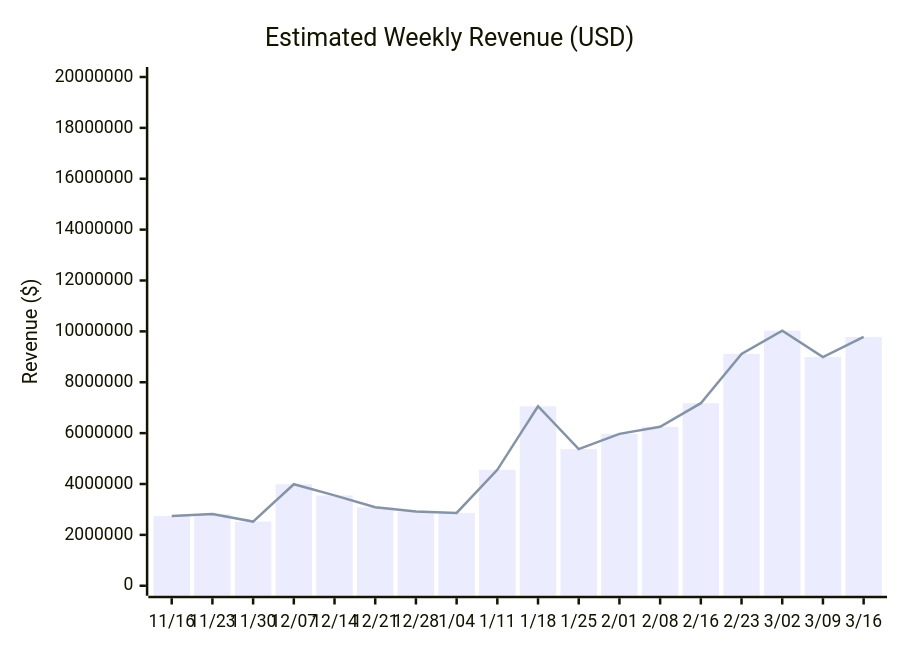
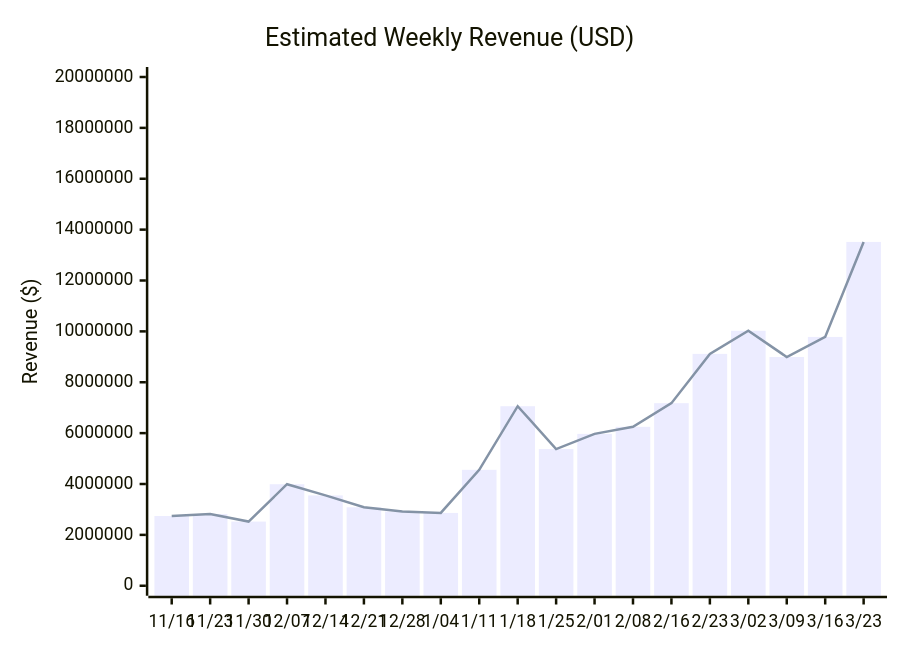
Before and after one commit to johnbean393/openrouter-inference-stats: the first of 4 diagrams in README.md, drawn with Mermaid. The commit also changed other lines of this file and 1 other file, not shown here.

````diff
--- a/README.md
+++ b/README.md
@@ -17,8 +17,8 @@
 ```mermaid
 xychart-beta
     title "Estimated Weekly Revenue (USD)"
-    x-axis ["11/16", "11/23", "11/30", "12/07", "12/14", "12/21", "12/28", "1/04", "1/11", "1/18", "1/25", "2/01", "2/08", "2/16", "2/23", "3/02", "3/09", "3/16"]
+    x-axis ["11/16", "11/23", "11/30", "12/07", "12/14", "12/21", "12/28", "1/04", "1/11", "1/18", "1/25", "2/01", "2/08", "2/16", "2/23", "3/02", "3/09", "3/16", "3/23"]
     y-axis "Revenue ($)" 0 --> 20000000
-    bar [2740620.94, 2816925.48, 2523142.13, 3991396.39, 3551394.6, 3084659.53, 2918272.88, 2862056.98, 4558077.75, 7057753.91, 5373700.56, 5970586.37, 6247827.58, 7177565.34, 9116055.43, 10024024.86, 8991833.66, 9781034.43]
-    line [2740620.94, 2816925.48, 2523142.13, 3991396.39, 3551394.6, 3084659.53, 2918272.88, 2862056.98, 4558077.75, 7057753.91, 5373700.56, 5970586.37, 6247827.58, 7177565.34, 9116055.43, 10024024.86, 8991833.66, 9781034.43]
+    bar [2740620.94, 2816925.48, 2523142.13, 3991396.39, 3551394.6, 3084659.53, 2918272.88, 2862056.98, 4558077.75, 7057753.91, 5373700.56, 5970586.37, 6247827.58, 7177565.34, 9116055.43, 10024024.86, 8991833.66, 9781034.43, 13516359.09]
+    line [2740620.94, 2816925.48, 2523142.13, 3991396.39, 3551394.6, 3084659.53, 2918272.88, 2862056.98, 4558077.75, 7057753.91, 5373700.56, 5970586.37, 6247827.58, 7177565.34, 9116055.43, 10024024.86, 8991833.66, 9781034.43, 13516359.09]
 ```
````
